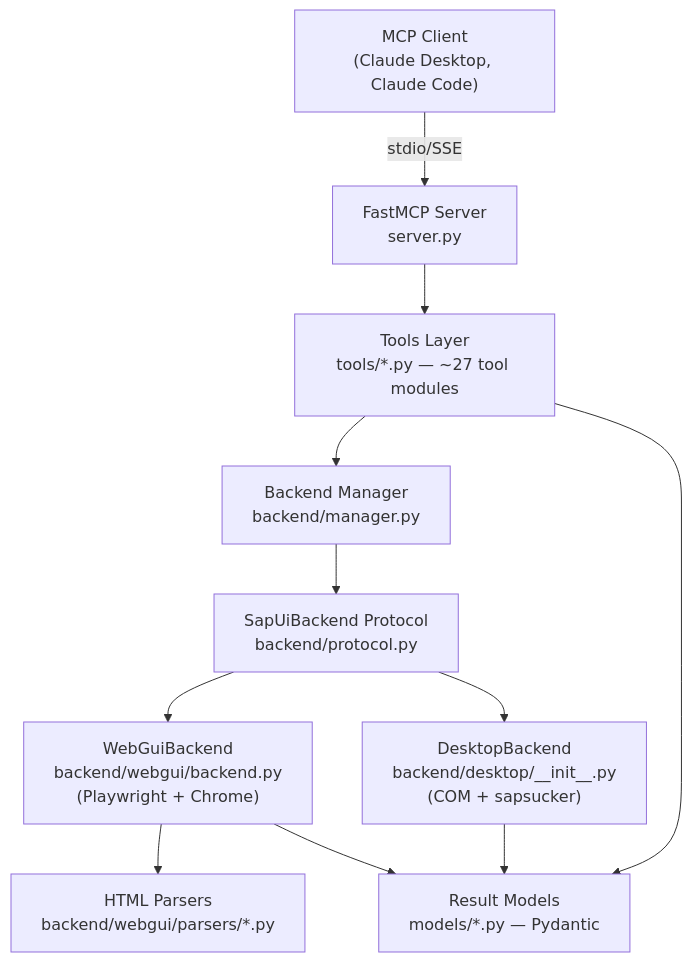
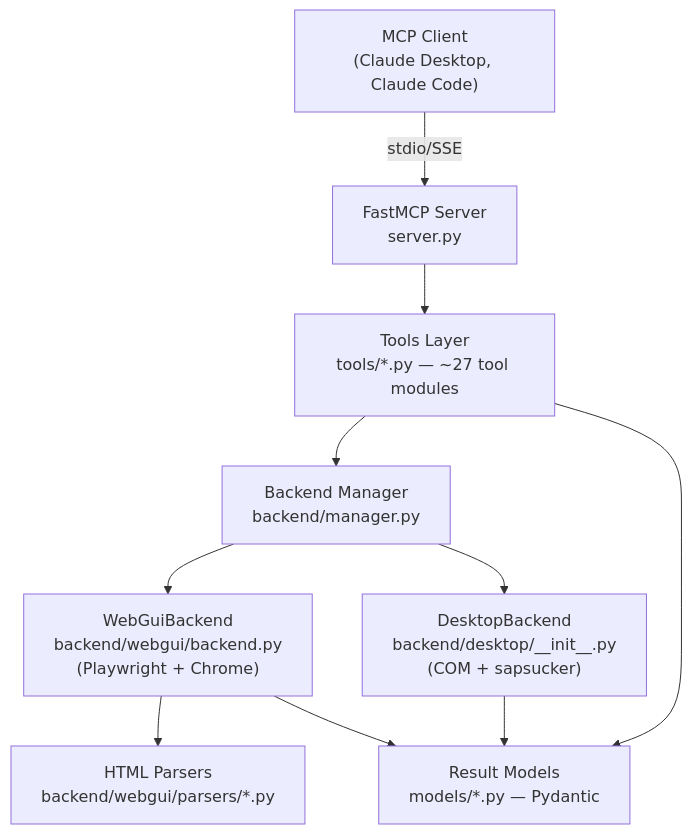
One commit to Hochfrequenz/sapgui.mcp changed the first of 2 diagrams in ARCHITECTURE.md. Above: the diagram before and after it, drawn with Mermaid. The commit also changed other lines of this file and 6 other files, not shown here.

````diff
--- a/ARCHITECTURE.md
+++ b/ARCHITECTURE.md
@@ -13,23 +13,21 @@
 ```mermaid
 graph TD
     Client["MCP Client<br/>(Claude Desktop, Claude Code)"]
     Server["FastMCP Server<br/>server.py"]
     Tools["Tools Layer<br/>tools/*.py — ~27 tool modules"]
     Manager["Backend Manager<br/>backend/manager.py"]
-    Protocol["SapUiBackend Protocol<br/>backend/protocol.py"]
     WebGUI["WebGuiBackend<br/>backend/webgui/backend.py<br/>(Playwright + Chrome)"]
     Desktop["DesktopBackend<br/>backend/desktop/__init__.py<br/>(COM + sapsucker)"]
     Parsers["HTML Parsers<br/>backend/webgui/parsers/*.py"]
     Models["Result Models<br/>models/*.py — Pydantic"]
 
     Client -->|stdio/SSE| Server
     Server --> Tools
     Tools --> Manager
-    Manager --> Protocol
-    Protocol --> WebGUI
-    Protocol --> Desktop
+    Manager --> WebGUI
+    Manager --> Desktop
     WebGUI --> Parsers
     Tools --> Models
     WebGUI --> Models
     Desktop --> Models
 ```
````
